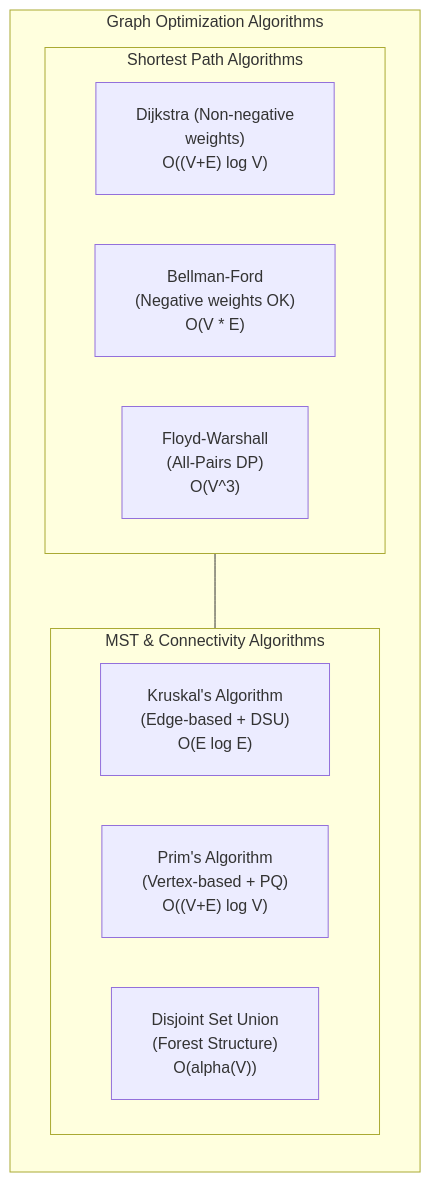
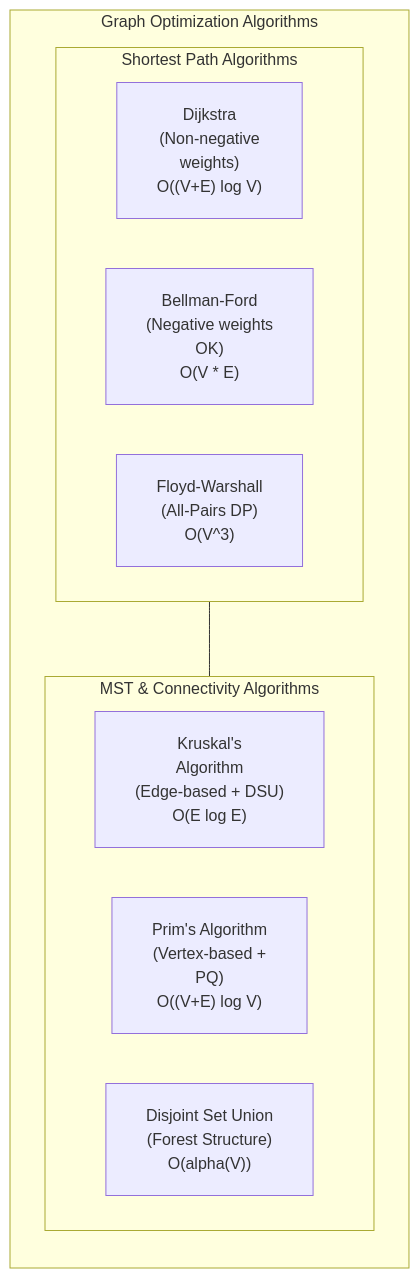
One commit to dip4k/DSA_102 changed the first of 15 diagrams in week_09_graph_algorithms_i/Week_09_Visual_Concepts_Playbook_HYBRID.md. Above: the diagram before and after it, drawn with Mermaid. The commit also changed other lines of this file and 106 other files, not shown here.

First line of the commit message:
fix(mermaid): prevent text clipping with foreignObject overflow and tighter line wrapping

````diff
--- a/week_09_graph_algorithms_i/Week_09_Visual_Concepts_Playbook_HYBRID.md
+++ b/week_09_graph_algorithms_i/Week_09_Visual_Concepts_Playbook_HYBRID.md
@@ -44,20 +44,20 @@
 ```mermaid
-%%{init: {"flowchart": {"htmlLabels": true, "padding": 20}}}%%
+%%{init: {"flowchart": {"htmlLabels": true, "padding": 20}, "themeCSS": "foreignObject { overflow: visible !important; }"}}%%
 flowchart TD
     subgraph GraphOpt["Graph Optimization Algorithms"]
         direction TB
         subgraph ShortestPath["Shortest Path Algorithms"]
             direction LR
-            Dijkstra["Dijkstra (Non-negative<br/>weights)<br/>O((V+E) log V)"]
-            Bellman["Bellman-Ford<br/>(Negative weights OK)<br/>O(V * E)"]
+            Dijkstra["Dijkstra<br/>(Non-negative<br/>weights)<br/>O((V+E) log V)"]
+            Bellman["Bellman-Ford<br/>(Negative weights<br/>OK)<br/>O(V * E)"]
             Floyd["Floyd-Warshall<br/>(All-Pairs DP)<br/>O(V^3)"]
         end
         subgraph MST["MST & Connectivity Algorithms"]
             direction LR
-            Kruskal["Kruskal's Algorithm<br/>(Edge-based + DSU)<br/>O(E log E)"]
-            Prim["Prim's Algorithm<br/>(Vertex-based + PQ)<br/>O((V+E) log V)"]
+            Kruskal["Kruskal's<br/>Algorithm<br/>(Edge-based + DSU)<br/>O(E log E)"]
+            Prim["Prim's Algorithm<br/>(Vertex-based +<br/>PQ)<br/>O((V+E) log V)"]
             DSU["Disjoint Set Union<br/>(Forest Structure)<br/>O(alpha(V))"]
         end
     end
     ShortestPath --- MST
 ```
````
